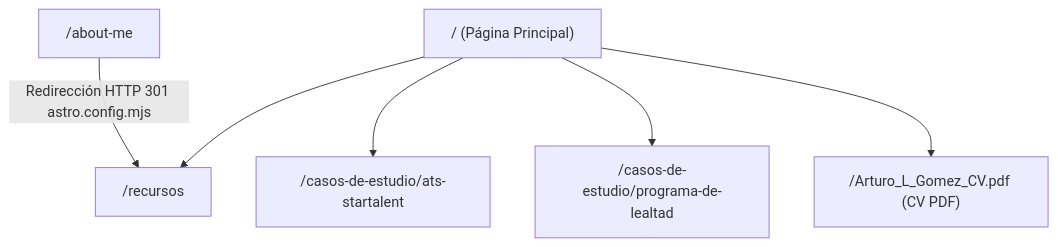
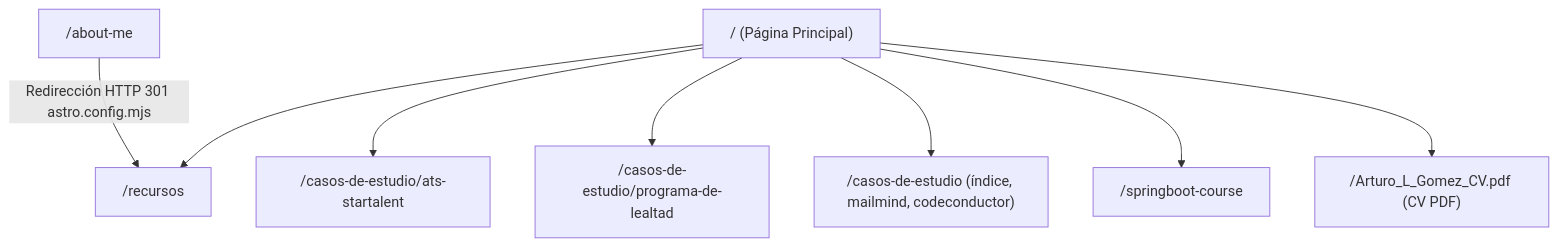
The diagram in DESIGN.md (lgzarturo/lgzarturo_cv), drawn with Mermaid before and after one commit. The commit also changed other lines of this file, not shown here.

````diff
--- a/DESIGN.md
+++ b/DESIGN.md
@@ -152,8 +164,10 @@
 ```mermaid
 graph TD
     A["/ (Página Principal)"] --> B["/recursos"]
     A --> C["/casos-de-estudio/ats-startalent"]
     A --> D["/casos-de-estudio/programa-de-lealtad"]
+    A --> G["/casos-de-estudio (índice, mailmind, codeconductor)"]
+    A --> H["/springboot-course"]
     A --> E["/Arturo_L_Gomez_CV.pdf (CV PDF)"]
     F["/about-me"] -->|Redirección HTTP 301 astro.config.mjs| B
 ```
````
